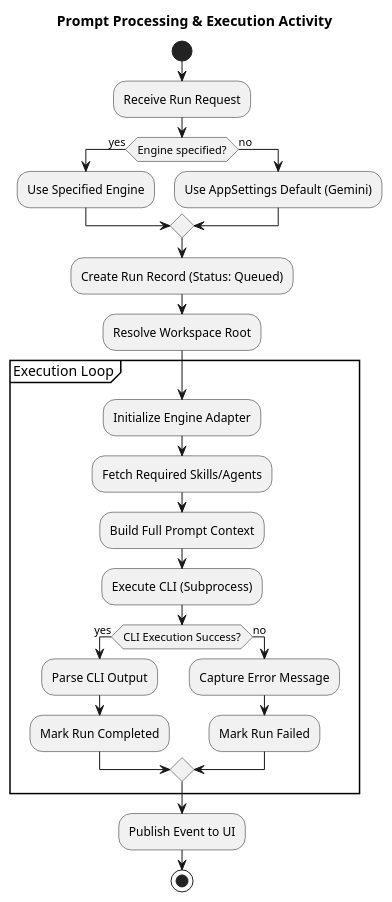
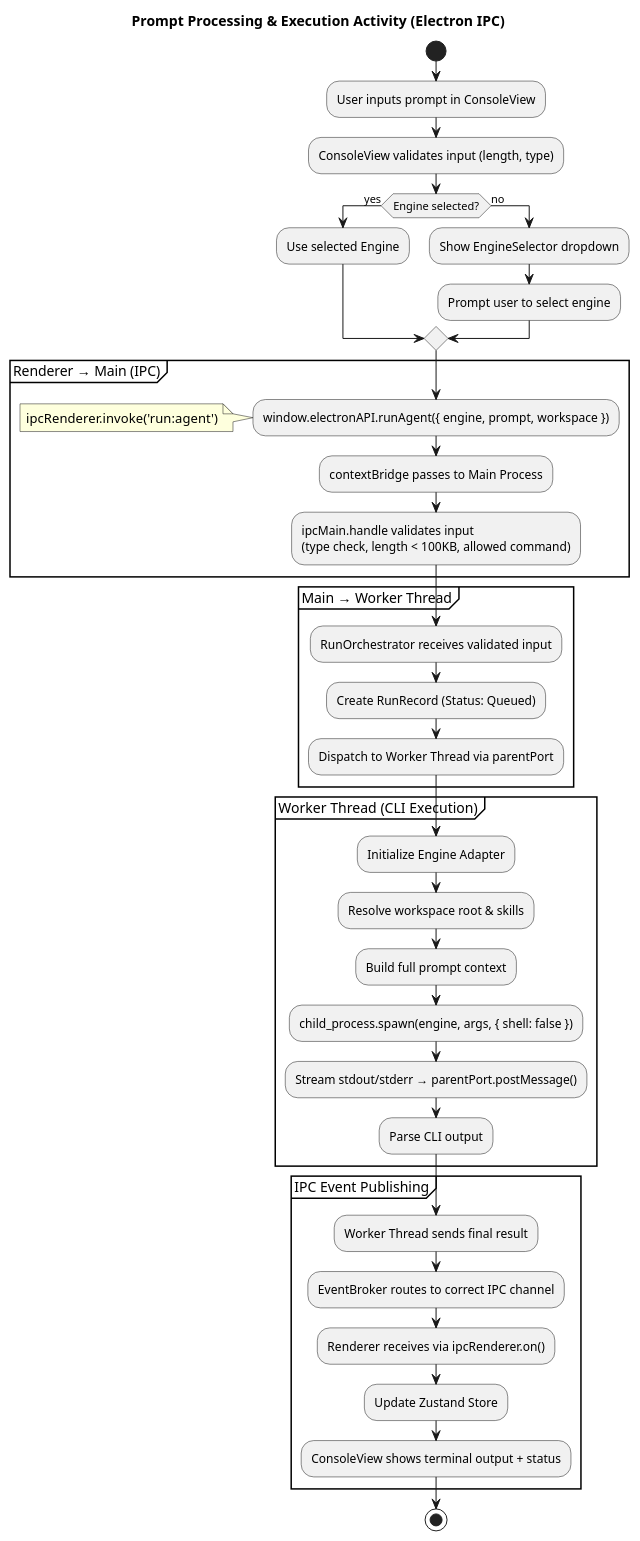
Before and after one commit to kim57uak/custom-codex-agent: the diagram in document/prompt_processing_activity.puml, drawn with PlantUML. The commit also changed 137 other files, not shown here.

First line of the commit message:
feat: migrate from Python/FastAPI web app to Electron/TypeScript desktop app

```diff
--- a/document/prompt_processing_activity.puml
+++ b/document/prompt_processing_activity.puml
@@ -1,32 +1,46 @@
 @startuml
-title Prompt Processing & Execution Activity
+title Prompt Processing & Execution Activity (Electron IPC)
 
 start
-:Receive Run Request;
-if (Engine specified?) then (yes)
-  :Use Specified Engine;
+:User inputs prompt in ConsoleView;
+:ConsoleView validates input (length, type);
+
+if (Engine selected?) then (yes)
+  :Use selected Engine;
 else (no)
-  :Use AppSettings Default (Gemini);
+  :Show EngineSelector dropdown;
+  :Prompt user to select engine;
 endif
 
-:Create Run Record (Status: Queued);
-:Resolve Workspace Root;
-
-partition "Execution Loop" {
-  :Initialize Engine Adapter;
-  :Fetch Required Skills/Agents;
-  :Build Full Prompt Context;
-  :Execute CLI (Subprocess);
-  
-  if (CLI Execution Success?) then (yes)
-    :Parse CLI Output;
-    :Mark Run Completed;
-  else (no)
-    :Capture Error Message;
-    :Mark Run Failed;
-  endif
+partition "Renderer → Main (IPC)" {
+  :window.electronAPI.runAgent({ engine, prompt, workspace });
+  note: ipcRenderer.invoke('run:agent')
+  :contextBridge passes to Main Process;
+  :ipcMain.handle validates input\n(type check, length < 100KB, allowed command);
 }
 
-:Publish Event to UI;
+partition "Main → Worker Thread" {
+  :RunOrchestrator receives validated input;
+  :Create RunRecord (Status: Queued);
+  :Dispatch to Worker Thread via parentPort;
+}
+
+partition "Worker Thread (CLI Execution)" {
+  :Initialize Engine Adapter;
+  :Resolve workspace root & skills;
+  :Build full prompt context;
+  :child_process.spawn(engine, args, { shell: false });
+  :Stream stdout/stderr → parentPort.postMessage();
+  :Parse CLI output;
+}
+
+partition "IPC Event Publishing" {
+  :Worker Thread sends final result;
+  :EventBroker routes to correct IPC channel;
+  :Renderer receives via ipcRenderer.on();
+  :Update Zustand Store;
+  :ConsoleView shows terminal output + status;
+}
+
 stop
 @enduml
```
